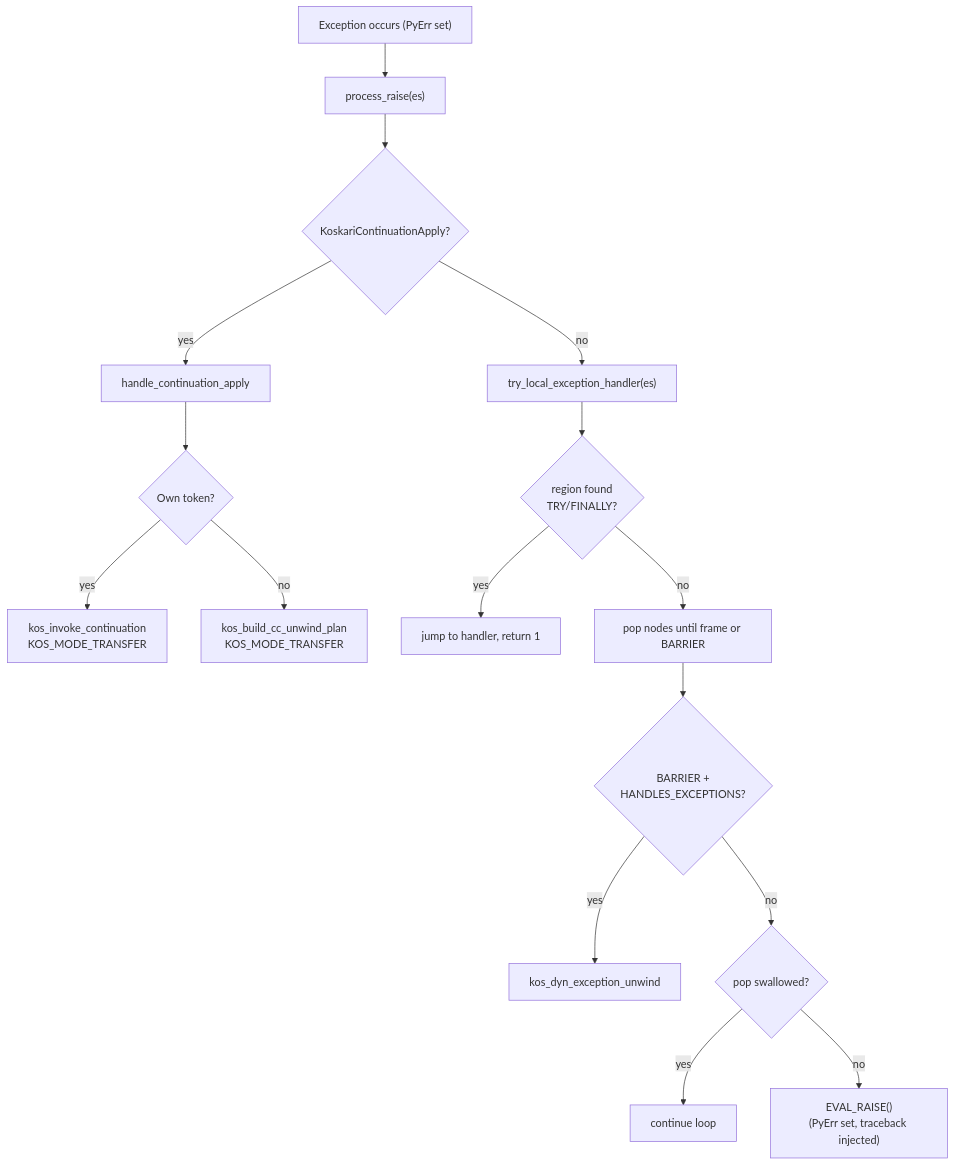
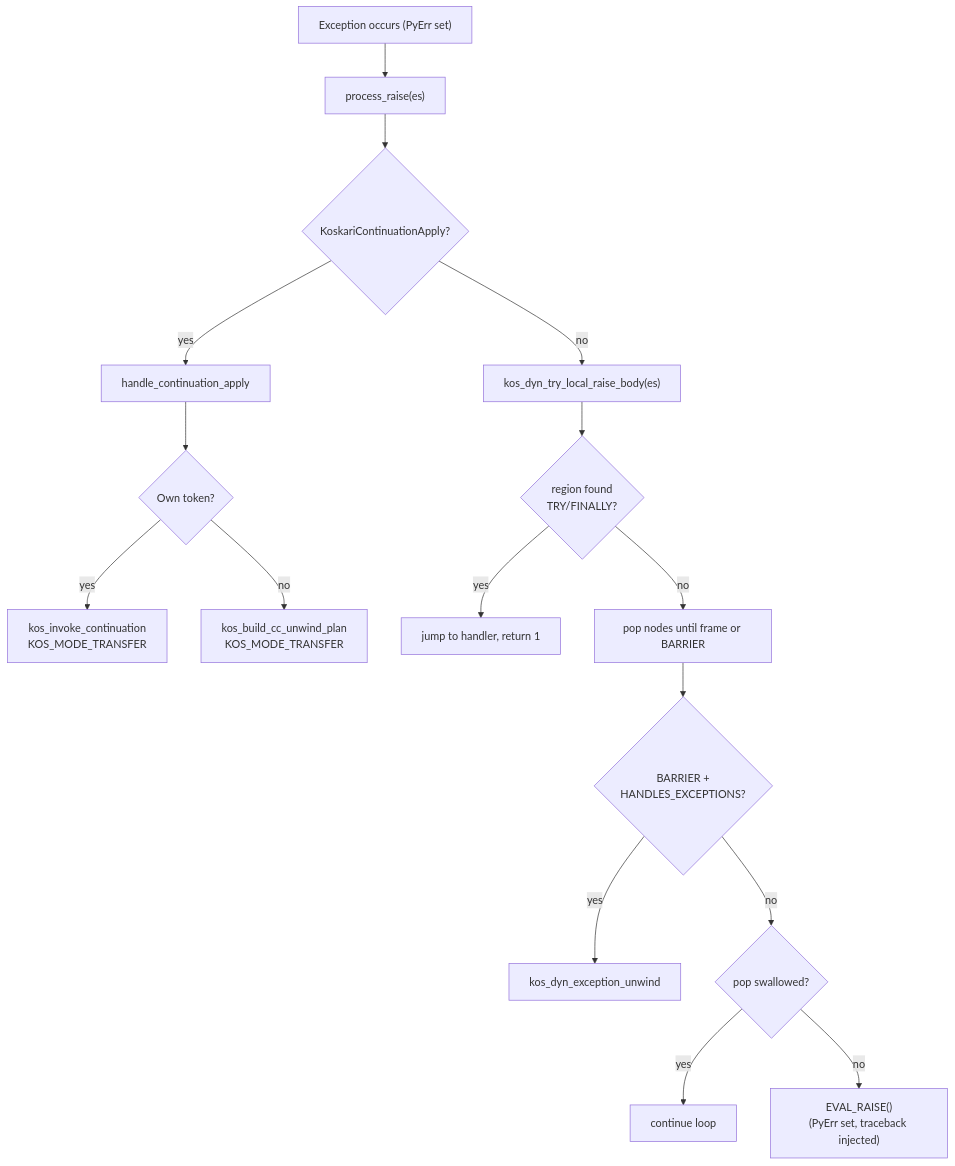
One commit to koskari-lang/koskari changed the ninth of 11 diagrams in design/EVALUATOR.md. Above: the diagram before and after it, drawn with Mermaid. The commit also changed other lines of this file and 12 other files, not shown here.

````diff
--- a/design/EVALUATOR.md
+++ b/design/EVALUATOR.md
@@ -528,34 +528,34 @@
 ```mermaid
 flowchart TD
     exc["Exception occurs (PyErr set)"]
     process["process_raise(es)"]
     cc_check{"KoskariContinuationApply?"}
     handle_cc["handle_continuation_apply"]
     own{"Own token?"}
     invoke["kos_invoke_continuation<br/>KOS_MODE_TRANSFER"]
     foreign["kos_build_cc_unwind_plan<br/>KOS_MODE_TRANSFER"]
-    try_local["try_local_exception_handler(es)"]
+    try_local["kos_dyn_try_local_raise_body(es)"]
     region{"region found<br/>TRY/FINALLY?"}
     jump["jump to handler, return 1"]
     pop["pop nodes until frame or BARRIER"]
     barrier{"BARRIER +<br/>HANDLES_EXCEPTIONS?"}
     unwind["kos_dyn_exception_unwind"]
     swallowed{"pop swallowed?"}
     no_handler["EVAL_RAISE()<br/>(PyErr set, traceback injected)"]
 
     exc --> process
     process --> cc_check
     cc_check -->|yes| handle_cc
     handle_cc --> own
     own -->|yes| invoke
     own -->|no| foreign
     cc_check -->|no| try_local
     try_local --> region
     region -->|yes| jump
     region -->|no| pop
     pop --> barrier
     barrier -->|yes| unwind
     barrier -->|no| swallowed
     swallowed -->|yes| loop_cont2["continue loop"]
     swallowed -->|no| no_handler
 ```
````
